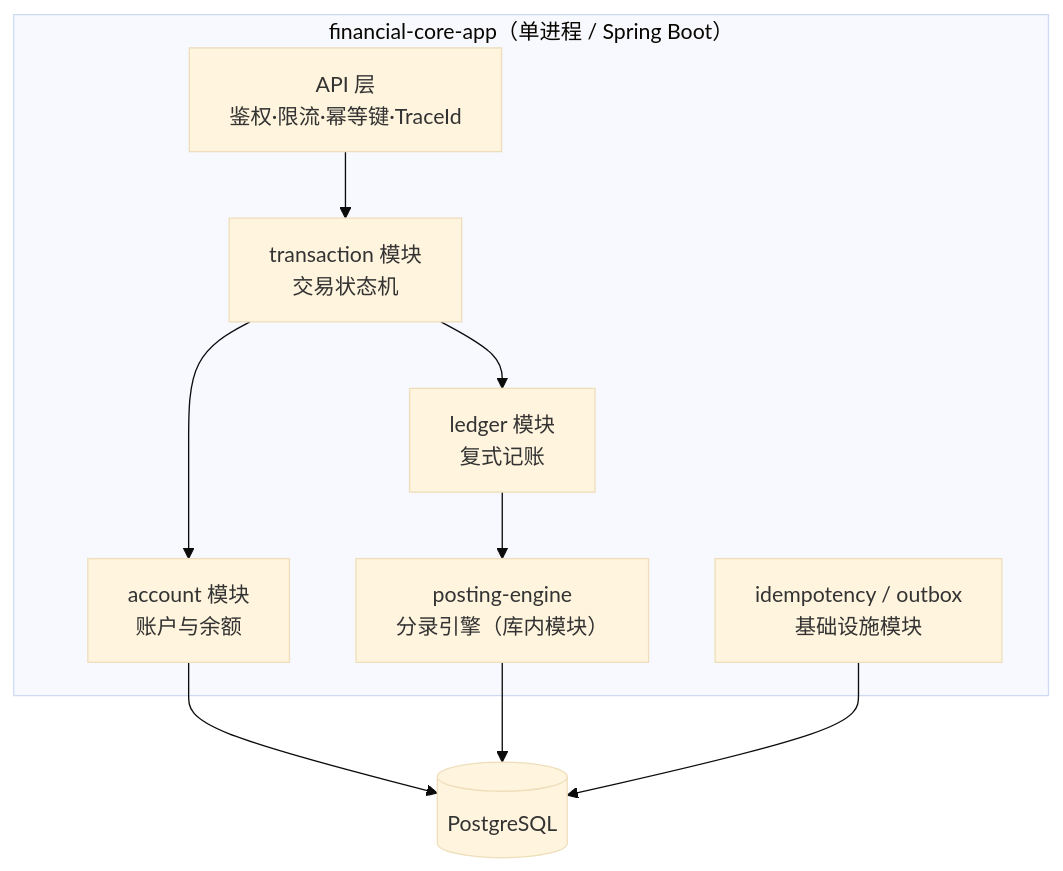
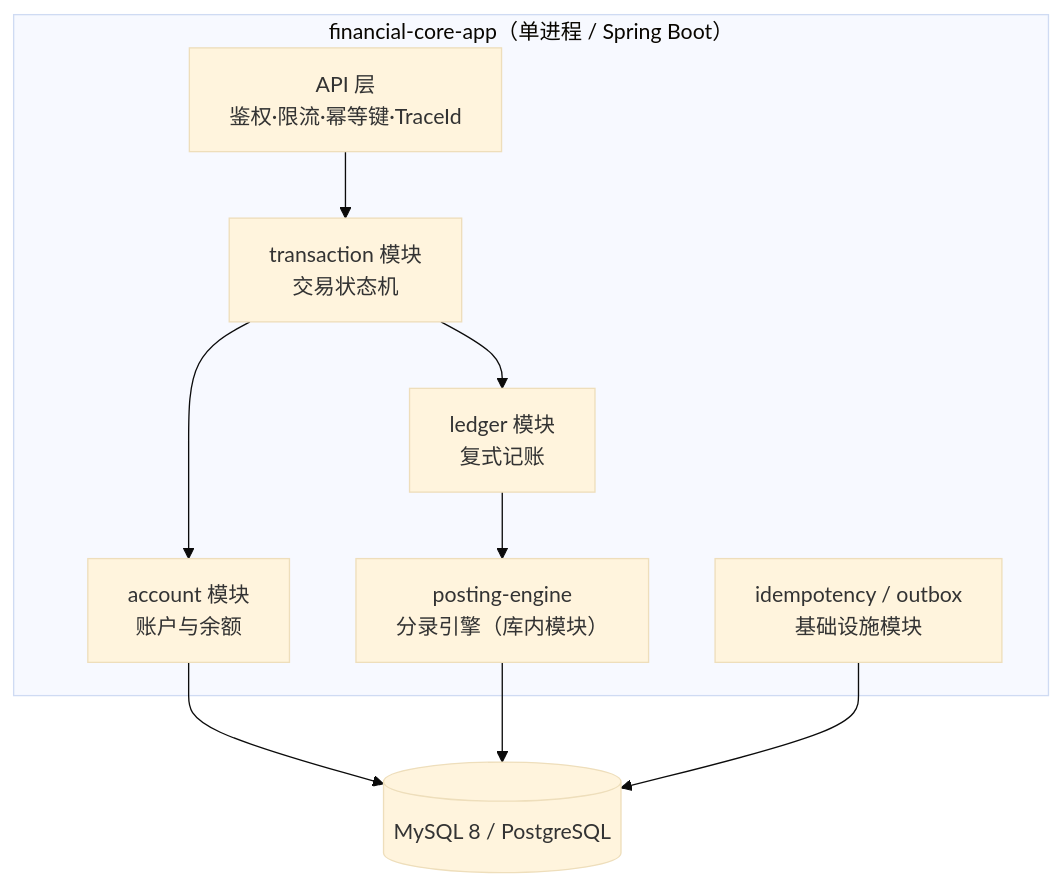
Before and after one commit to edidada/financial-core-platform: the second of 2 diagrams in docs/architecture.md, drawn with Mermaid (base theme). The commit also changed other lines of this file and 84 other files, not shown here.

First line of the commit message:
feat: 阶段一金融账务核心实现（Maven 多 module + MySQL 8 / PostgreSQL 双库）

````diff
--- a/docs/architecture.md
+++ b/docs/architecture.md
@@ -30,16 +30,16 @@
 ```mermaid
 graph TB
     subgraph App["financial-core-app（单进程 / Spring Boot）"]
         GW[API 层<br/>鉴权·限流·幂等键·TraceId]
         TX[transaction 模块<br/>交易状态机]
         AC[account 模块<br/>账户与余额]
         LG[ledger 模块<br/>复式记账]
         PE[posting-engine<br/>分录引擎（库内模块）]
         IDP[idempotency / outbox<br/>基础设施模块]
     end
     GW --> TX --> AC
     TX --> LG --> PE
-    AC --> DB[(PostgreSQL)]
+    AC --> DB[(MySQL 8 / PostgreSQL)]
     PE --> DB
     IDP --> DB
 ```
````
